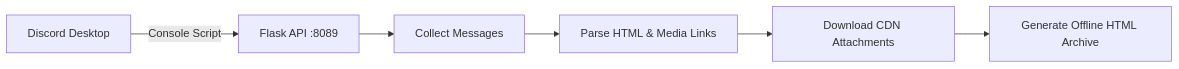
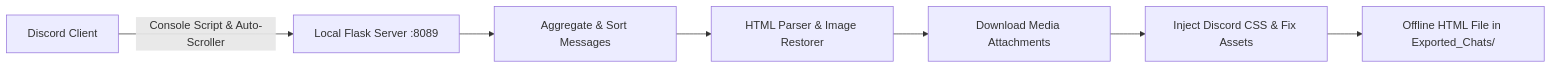
The diagram in README.md (milkycloud-dev/discord-messages-exporter), drawn with Mermaid before and after one commit. The commit also changed other lines of this file and 2 other files, not shown here.

````diff
--- a/README.md
+++ b/README.md
@@ -67,8 +80,9 @@
 ```mermaid
 flowchart LR
-    A[Discord Desktop] -->|Console Script| B[Flask API :8089]
-    B --> C[Collect Messages]
-    C --> D[Parse HTML & Media Links]
-    D --> E[Download CDN Attachments]
-    E --> F[Generate Offline HTML Archive]
+    A[Discord Client] -->|Console Script & Auto-Scroller| B[Local Flask Server :8089]
+    B --> C[Aggregate & Sort Messages]
+    C --> D[HTML Parser & Image Restorer]
+    D --> E[Download Media Attachments]
+    E --> F[Inject Discord CSS & Fix Assets]
+    F --> G[Offline HTML File in Exported_Chats/]
 ```
````
